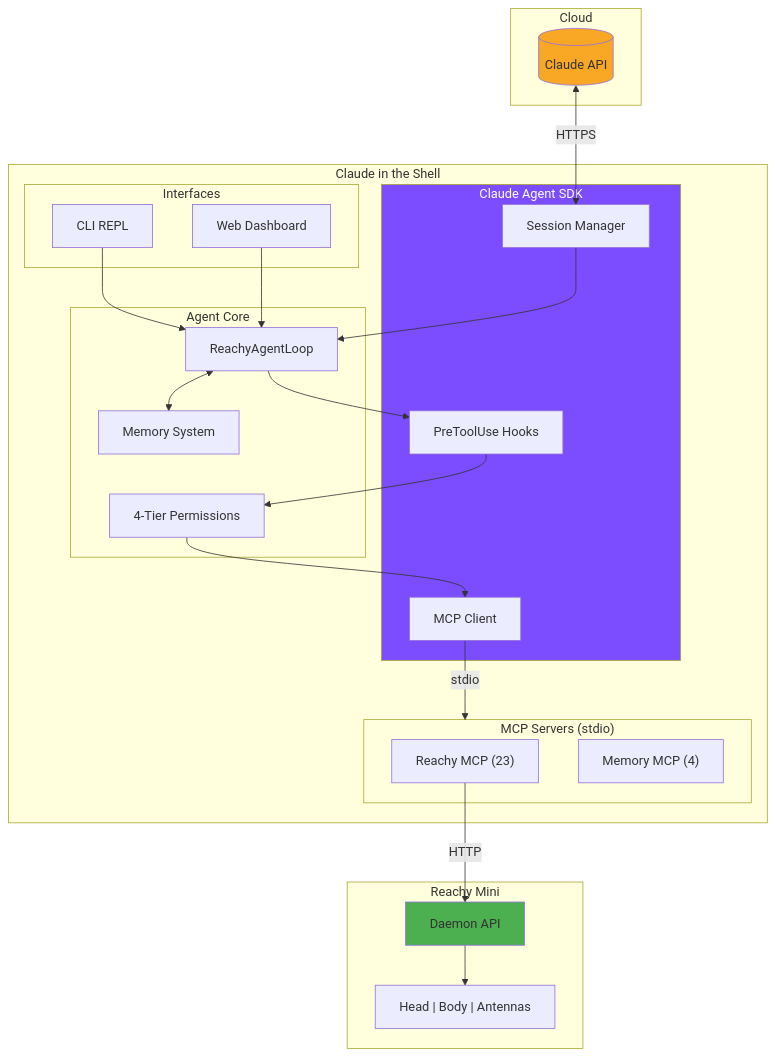
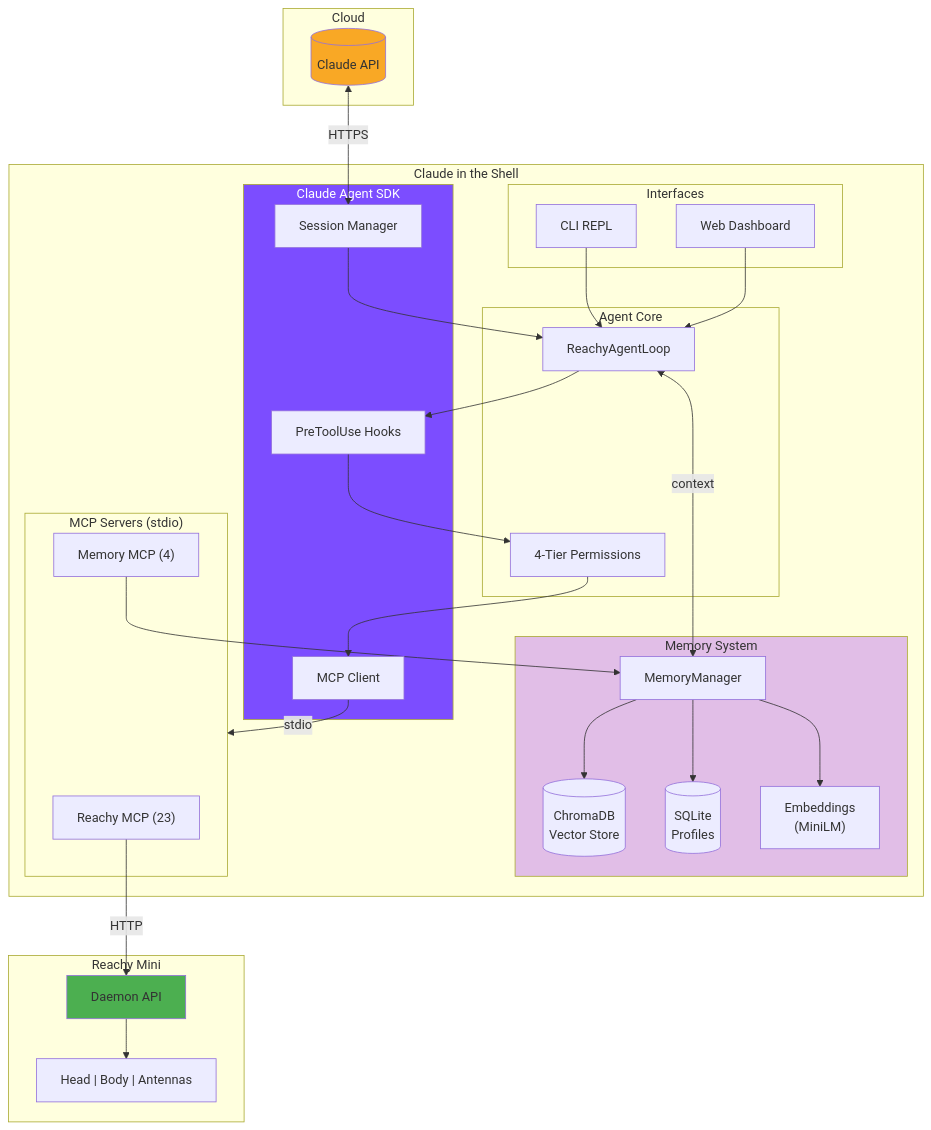
The diagram in docs/index.md (jawhnycooke/claude-in-the-shell), drawn with Mermaid before and after one commit. The commit also changed 1 other file, not shown here.

Commit message:
docs: Add memory system components to architecture diagram
Expand Memory System section to show:
- MemoryManager (orchestrator)
- ChromaDB (vector store for semantic search)
- SQLite (user profiles and sessions)
- Embeddings (MiniLM model)

Shows data flow:
- Loop <--> MemoryManager (context injection)
- Memory MCP --> MemoryManager (tool access)

````diff
--- a/docs/index.md
+++ b/docs/index.md
@@ -34,51 +34,62 @@
 ```mermaid
 flowchart TB
     subgraph Cloud["Cloud"]
         CLAUDE[(Claude API)]
     end
 
     subgraph Agent["Claude in the Shell"]
         subgraph SDK["Claude Agent SDK"]
             SESSION["Session Manager"]
             MCPCLIENT["MCP Client"]
             HOOKS["PreToolUse Hooks"]
         end
 
         subgraph Core["Agent Core"]
             LOOP["ReachyAgentLoop"]
             PERM["4-Tier Permissions"]
-            MEM["Memory System"]
+        end
+
+        subgraph Memory["Memory System"]
+            MGR["MemoryManager"]
+            CHROMA[("ChromaDB<br/>Vector Store")]
+            SQLITE[("SQLite<br/>Profiles")]
+            EMBED["Embeddings<br/>(MiniLM)"]
         end
 
         subgraph Interface["Interfaces"]
             CLI["CLI REPL"]
             WEB["Web Dashboard"]
         end
 
         subgraph MCP["MCP Servers (stdio)"]
             REACHY["Reachy MCP (23)"]
-            MEMORY["Memory MCP (4)"]
+            MEMMCP["Memory MCP (4)"]
         end
     end
 
     subgraph Hardware["Reachy Mini"]
         DAEMON["Daemon API"]
         ROBOT["Head | Body | Antennas"]
     end
 
     CLAUDE <-->|HTTPS| SESSION
     SESSION --> LOOP
     LOOP --> HOOKS
     HOOKS --> PERM
     PERM --> MCPCLIENT
     MCPCLIENT -->|stdio| MCP
-    LOOP <--> MEM
+    LOOP <-->|context| MGR
+    MGR --> CHROMA
+    MGR --> SQLITE
+    MGR --> EMBED
+    MEMMCP --> MGR
     CLI --> LOOP
     WEB --> LOOP
     REACHY -->|HTTP| DAEMON
     DAEMON --> ROBOT
 
     style SDK fill:#7c4dff,color:#fff
+    style Memory fill:#e1bee7
     style CLAUDE fill:#f9a825
     style DAEMON fill:#4caf50
 ```
````
